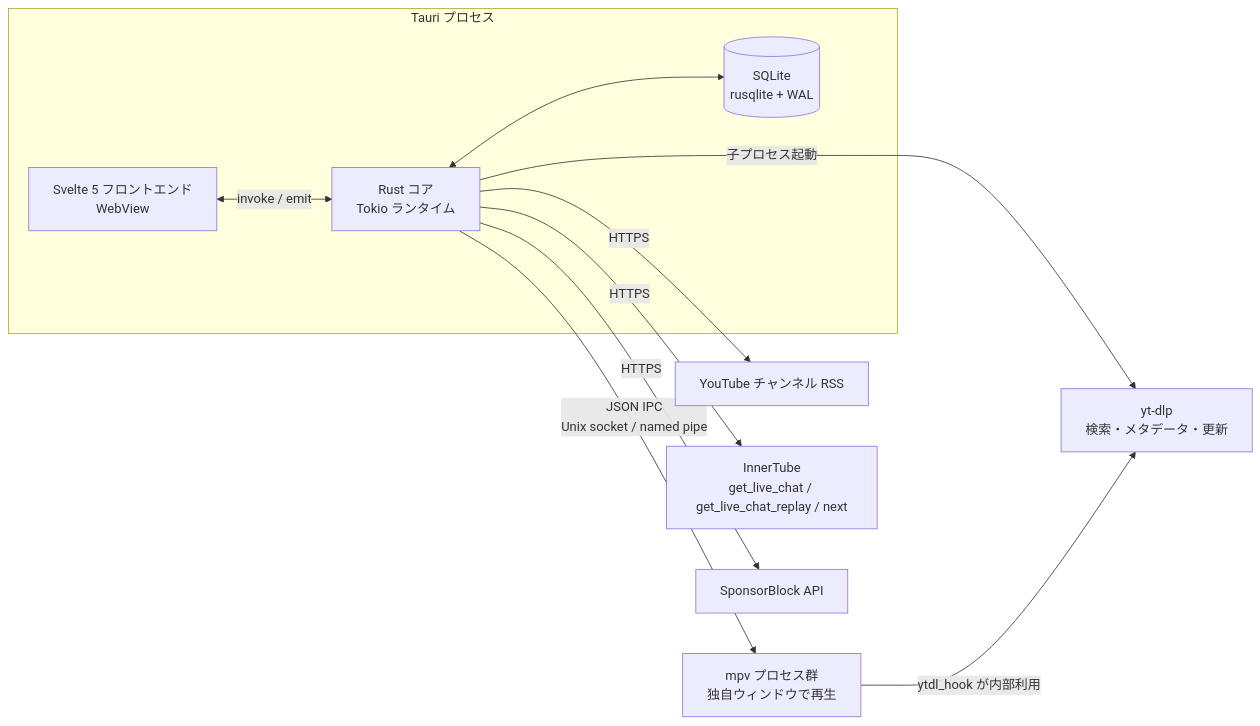
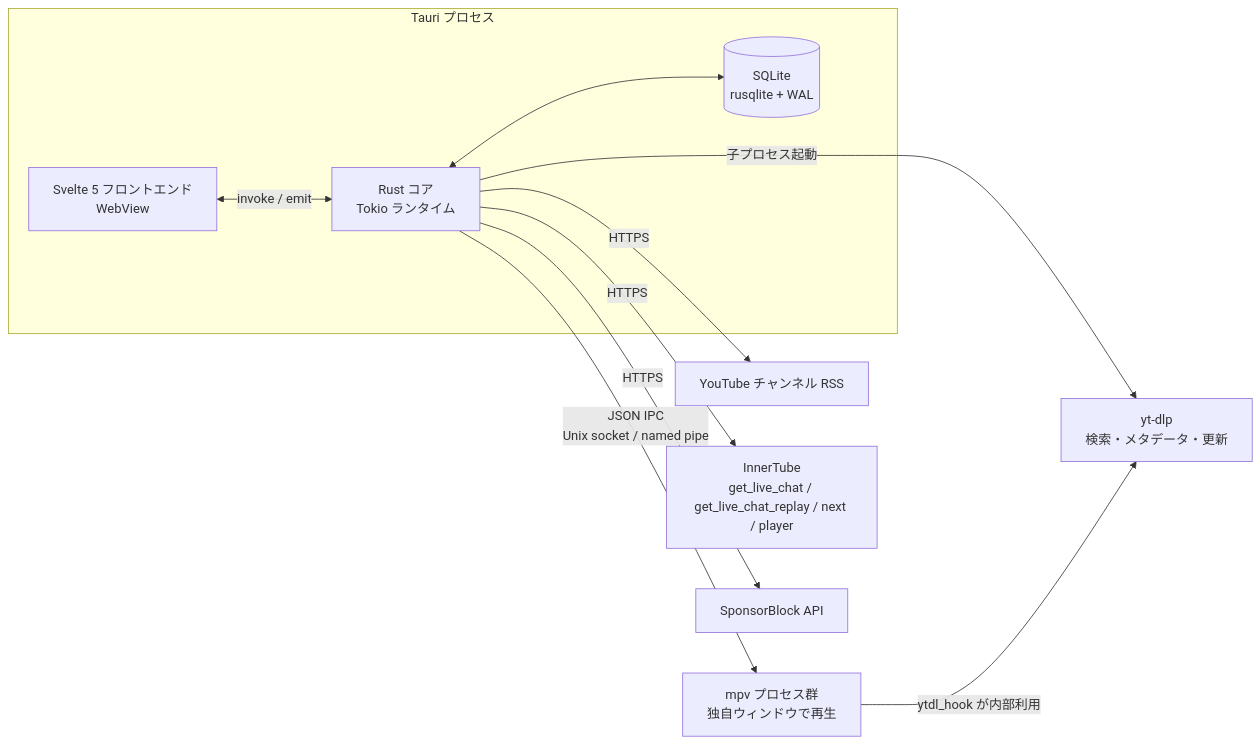
One commit to Tkg-tamagohan/yt-browser changed the first of 2 diagrams in docs/design.md. Above: the diagram before and after it, drawn with Mermaid. The commit also changed other lines of this file and 9 other files, not shown here.

````diff
--- a/docs/design.md
+++ b/docs/design.md
@@ -10,17 +10,17 @@
 ```mermaid
 flowchart LR
     subgraph Tauri プロセス
         UI[Svelte 5 フロントエンド<br/>WebView]
         CORE[Rust コア<br/>Tokio ランタイム]
         DB[(SQLite<br/>rusqlite + WAL)]
         UI <-->|invoke / emit| CORE
         CORE <--> DB
     end
 
     CORE -->|JSON IPC<br/>Unix socket / named pipe| MPV[mpv プロセス群<br/>独自ウィンドウで再生]
     CORE -->|子プロセス起動| YTDLP[yt-dlp<br/>検索・メタデータ・更新]
     MPV -->|ytdl_hook が内部利用| YTDLP
     CORE -->|HTTPS| RSS[YouTube チャンネル RSS]
-    CORE -->|HTTPS| IT[InnerTube<br/>get_live_chat / get_live_chat_replay / next]
+    CORE -->|HTTPS| IT[InnerTube<br/>get_live_chat / get_live_chat_replay / next / player]
     CORE -->|HTTPS| SB[SponsorBlock API]
 ```
````
